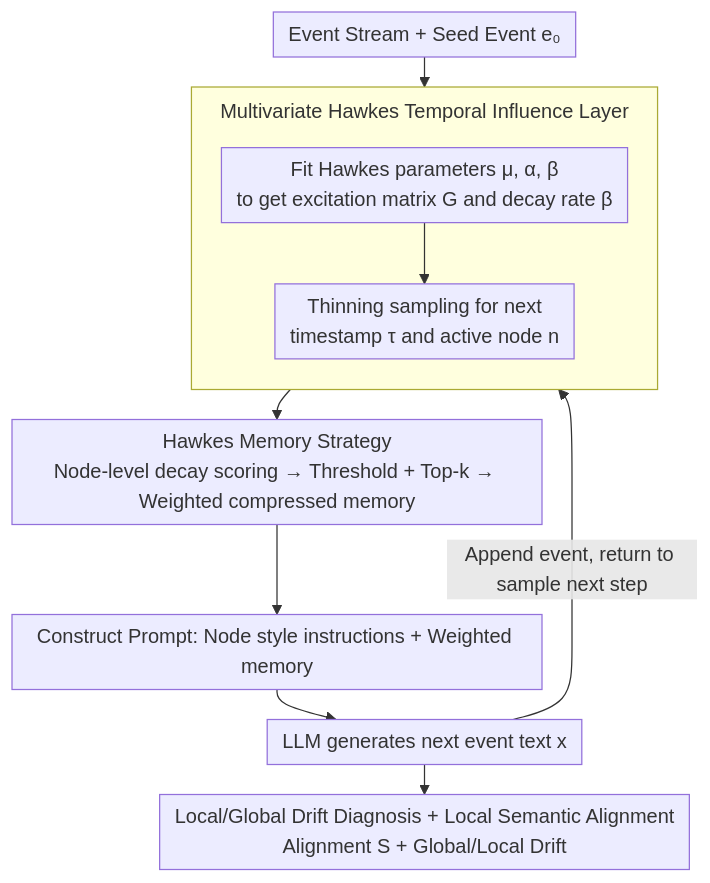
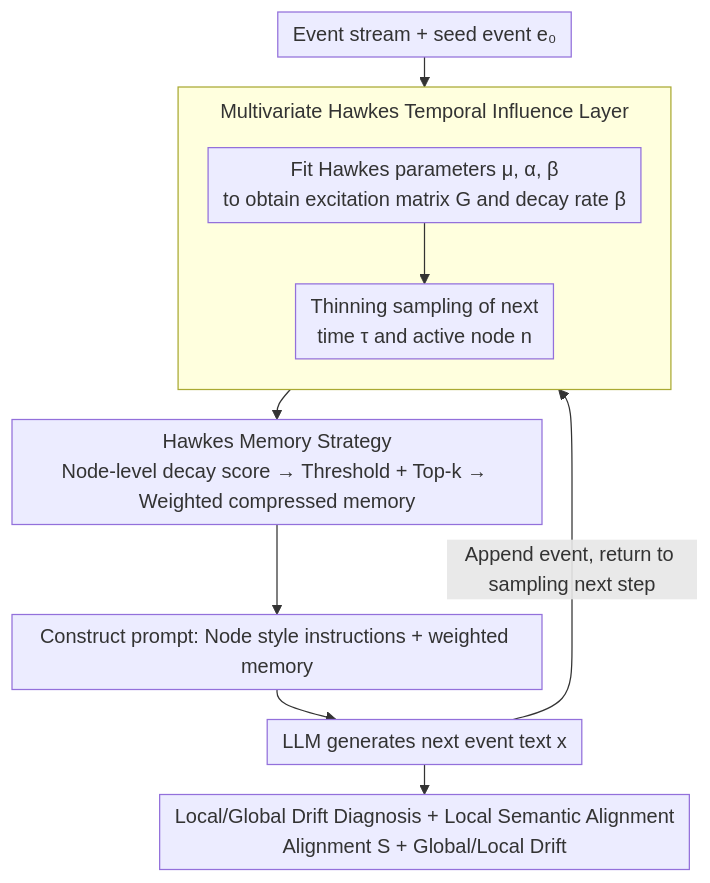
The diagram in docs/ICML2026/llm_agent/hawkesllm_semantic_uncertainty_propagation_in_agentic_text_simulation.md (zhaoyang97/Paper-Notes-en), drawn with Mermaid before and after one commit. The commit also changed other lines of this file and 5084 other files, not shown here.

````diff
--- a/docs/ICML2026/llm_agent/hawkesllm_semantic_uncertainty_propagation_in_agentic_text_simulation.md
+++ b/docs/ICML2026/llm_agent/hawkesllm_semantic_uncertainty_propagation_in_agentic_text_simulation.md
@@ -41,15 +41,15 @@
 ```mermaid
 %%{init: {'flowchart': {'rankSpacing': 24, 'nodeSpacing': 28, 'padding': 6, 'wrappingWidth': 400, 'subGraphTitleMargin': {'top': 8, 'bottom': 16}}}}%%
 flowchart TD
-    A["Event Stream + Seed Event e₀"]
+    A["Event stream + seed event e₀"]
     subgraph H["Multivariate Hawkes Temporal Influence Layer"]
         direction TB
-        B["Fit Hawkes parameters μ, α, β<br/>to get excitation matrix G and decay rate β"] --> C["Thinning sampling for next<br/>timestamp τ and active node n"]
+        B["Fit Hawkes parameters μ, α, β<br/>to obtain excitation matrix G and decay rate β"] --> C["Thinning sampling of next<br/>time τ and active node n"]
     end
     A --> B
-    C --> D["Hawkes Memory Strategy<br/>Node-level decay scoring → Threshold + Top-k → Weighted compressed memory"]
-    D --> E["Construct Prompt: Node style instructions + Weighted memory"]
+    C --> D["Hawkes Memory Strategy<br/>Node-level decay score → Threshold + Top-k → Weighted compressed memory"]
+    D --> E["Construct prompt: Node style instructions + weighted memory"]
     E --> F["LLM generates next event text x"]
-    F -->|"Append event, return to sample next step"| C
+    F -->|"Append event, return to sampling next step"| C
     F --> G["Local/Global Drift Diagnosis + Local Semantic Alignment<br/>Alignment S + Global/Local Drift"]
 ```
````
